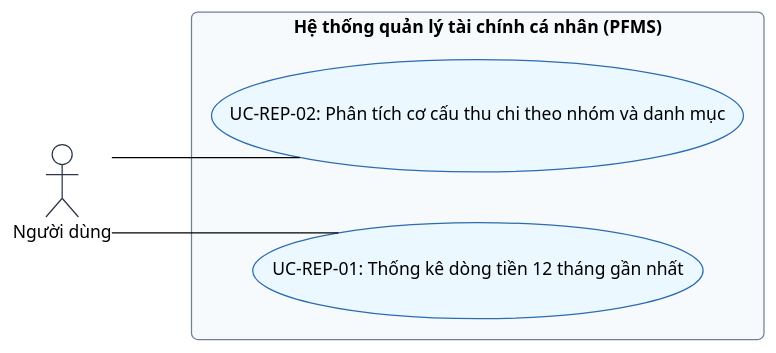
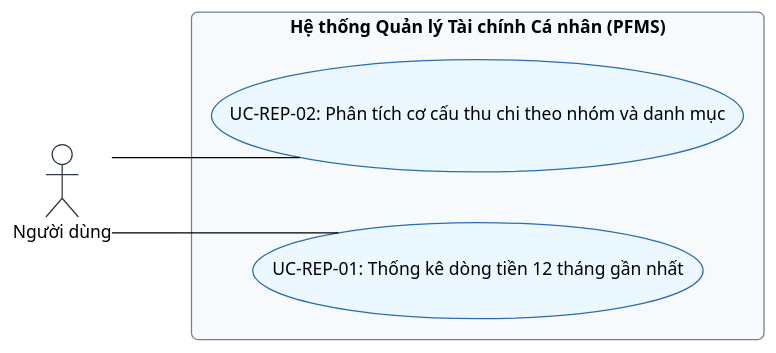
One commit to mynhleeh/pfms-oop changed the sixth of 7 diagrams in docs/software-requirement-specification/08-so-do-ca-su-dung-he-thong.md. Above: the diagram before and after it, drawn with PlantUML. The commit also changed other lines of this file and 8 other files, not shown here.

````diff
--- a/docs/software-requirement-specification/08-so-do-ca-su-dung-he-thong.md
+++ b/docs/software-requirement-specification/08-so-do-ca-su-dung-he-thong.md
@@ -244,27 +250,27 @@
 ```plantuml
 @startuml
 !theme plain
 skinparam shadowing false
 skinparam roundCorner 10
 skinparam defaultFontName "Segoe UI"
 skinparam linetype ortho
 skinparam nodesep 40
 skinparam ranksep 80
 skinparam actorBorderColor #2D3748
 skinparam usecaseBorderColor #2B6CB0
 skinparam usecaseBackgroundColor #EBF8FF
 skinparam rectangleBorderColor #718096
 skinparam rectangleBackgroundColor #F7FAFC
 left to right direction
 
 actor "Người dùng" as Owner
 
-rectangle "Hệ thống quản lý tài chính cá nhân (PFMS)" {
+rectangle "Hệ thống Quản lý Tài chính Cá nhân (PFMS)" {
 usecase "UC-REP-02: Phân tích cơ cấu thu chi theo nhóm và danh mục" as UC_REP_02
 usecase "UC-REP-01: Thống kê dòng tiền 12 tháng gần nhất" as UC_REP_01
 }
 
 Owner -- UC_REP_01
 Owner -- UC_REP_02
 @enduml
 ```
````
